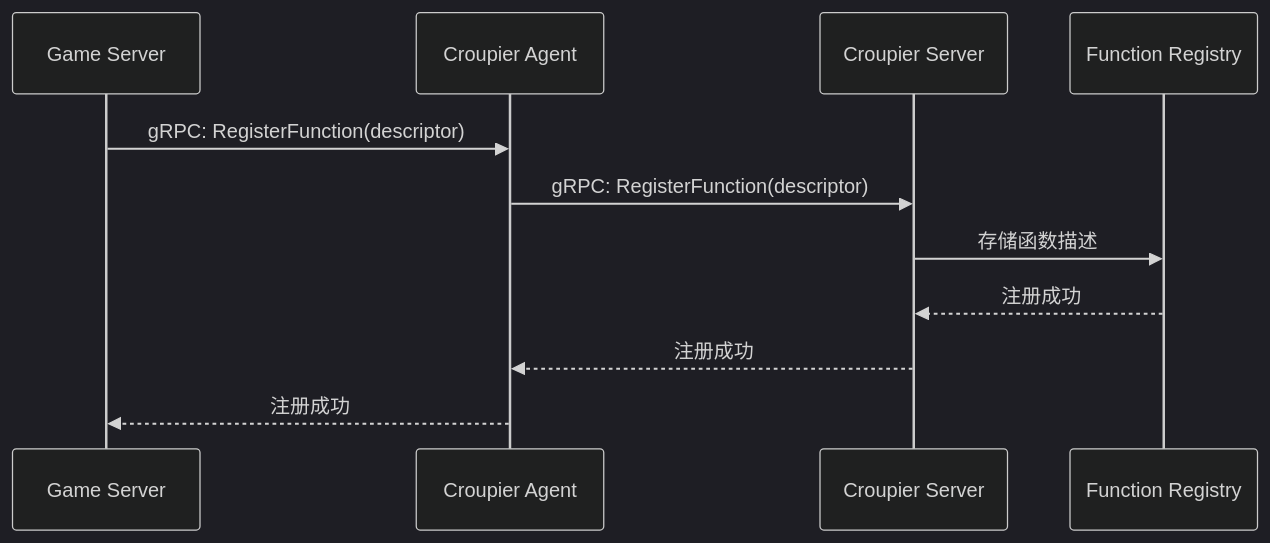
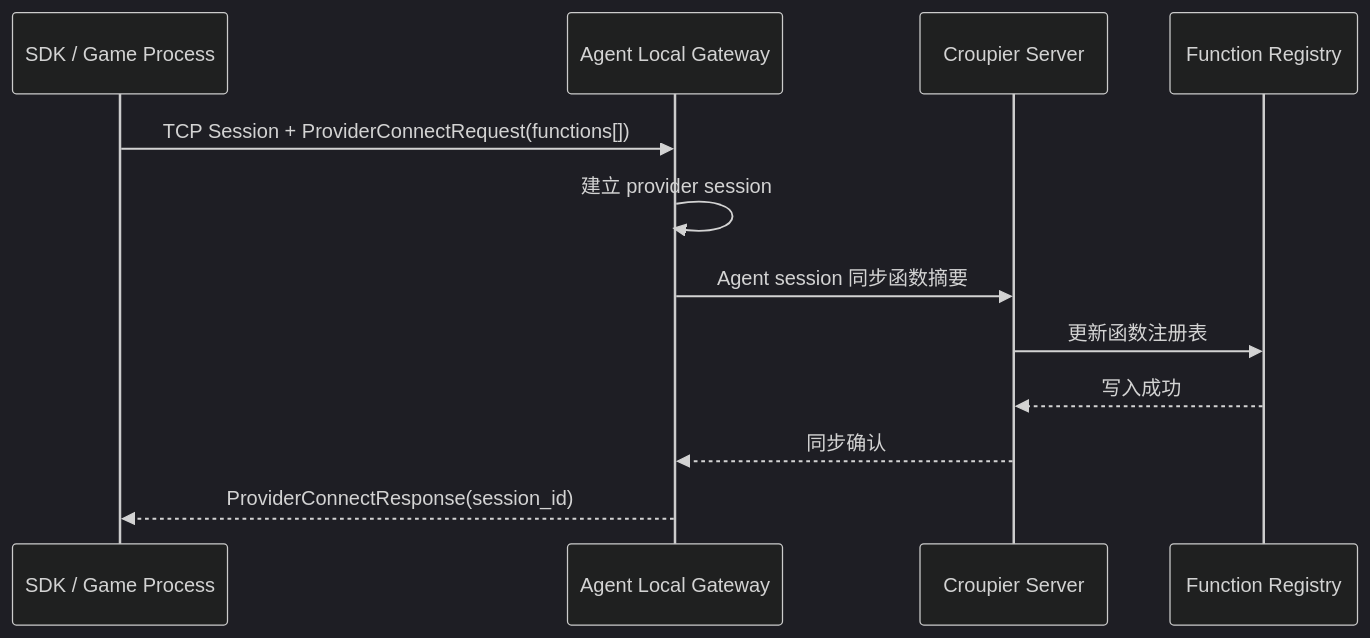
The first of 2 diagrams in docs/guide/concepts/function-management.md (cuihairu/croupier), drawn with Mermaid (dark theme) before and after one commit. The commit also changed other lines of this file and 63 other files, not shown here.

First line of the commit message:
feat: implement P2+P3 TCP session infrastructure (Phase A+B)

````diff
--- a/docs/guide/concepts/function-management.md
+++ b/docs/guide/concepts/function-management.md
@@ -122,14 +38,15 @@
 ```mermaid
 sequenceDiagram
-    participant Game as Game Server
-    participant Agent as Croupier Agent
+    participant SDK as SDK / Game Process
+    participant Agent as Agent Local Gateway
     participant Server as Croupier Server
     participant Registry as Function Registry
 
-    Game->>Agent: gRPC: RegisterFunction(descriptor)
-    Agent->>Server: gRPC: RegisterFunction(descriptor)
-    Server->>Registry: 存储函数描述
-    Registry-->>Server: 注册成功
-    Server-->>Agent: 注册成功
-    Agent-->>Game: 注册成功
+    SDK->>Agent: TCP Session + ProviderConnectRequest(functions[])
+    Agent->>Agent: 建立 provider session
+    Agent->>Server: Agent session 同步函数摘要
+    Server->>Registry: 更新函数注册表
+    Registry-->>Server: 写入成功
+    Server-->>Agent: 同步确认
+    Agent-->>SDK: ProviderConnectResponse(session_id)
 ```
````
